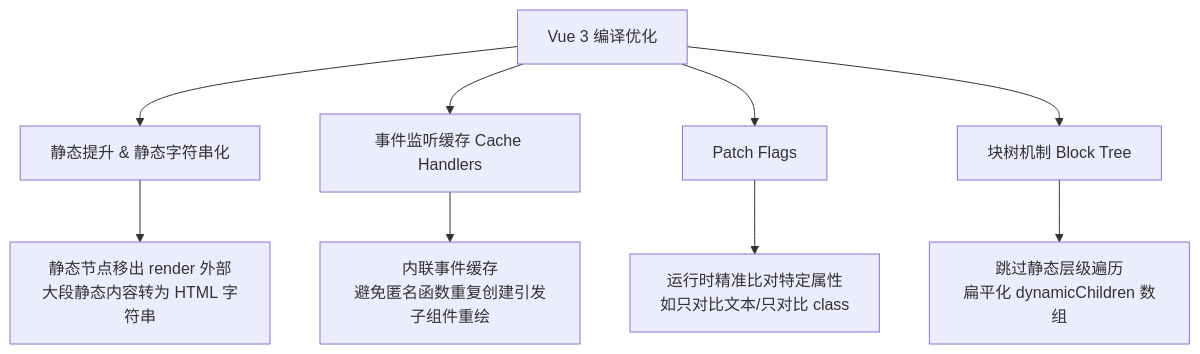
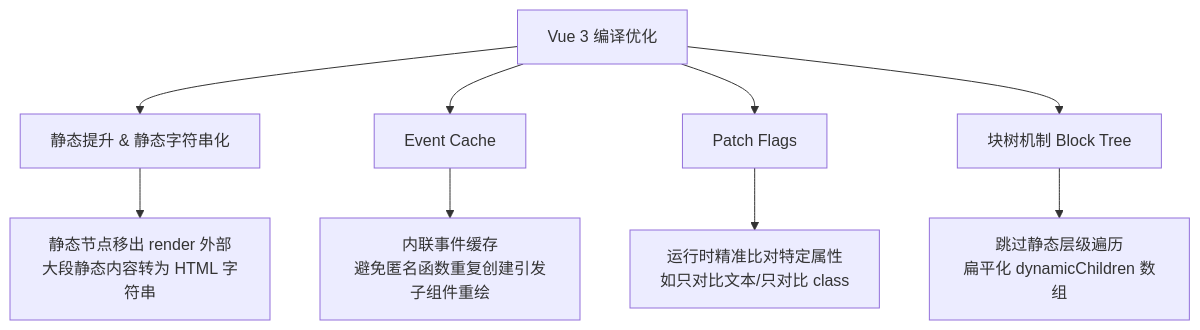
The diagram in 学习系统/docs/vue/vue2-vue3-performance-comparison.md (Aoyia/frontend-learning-system), drawn with Mermaid before and after one commit. The commit also changed other lines of this file and 2 other files, not shown here.

````diff
--- a/学习系统/docs/vue/vue2-vue3-performance-comparison.md
+++ b/学习系统/docs/vue/vue2-vue3-performance-comparison.md
@@ -56,12 +56,12 @@
 ```mermaid
 flowchart TB
     Start[Vue 3 编译优化] --> Hoisting[静态提升 & 静态字符串化]
-    Start --> EventCache[事件监听缓存 Cache Handlers]
+    Start --> EventCache[Event Cache]
     Start --> PatchFlags[Patch Flags]
     Start --> BlockTree[块树机制 Block Tree]
 
     Hoisting --> H_Result[静态节点移出 render 外部<br/>大段静态内容转为 HTML 字符串]
     EventCache --> E_Result[内联事件缓存<br/>避免匿名函数重复创建引发子组件重绘]
     PatchFlags --> P_Result[运行时精准比对特定属性<br/>如只对比文本/只对比 class]
     BlockTree --> B_Result[跳过静态层级遍历<br/>扁平化 dynamicChildren 数组]
 ```
````
